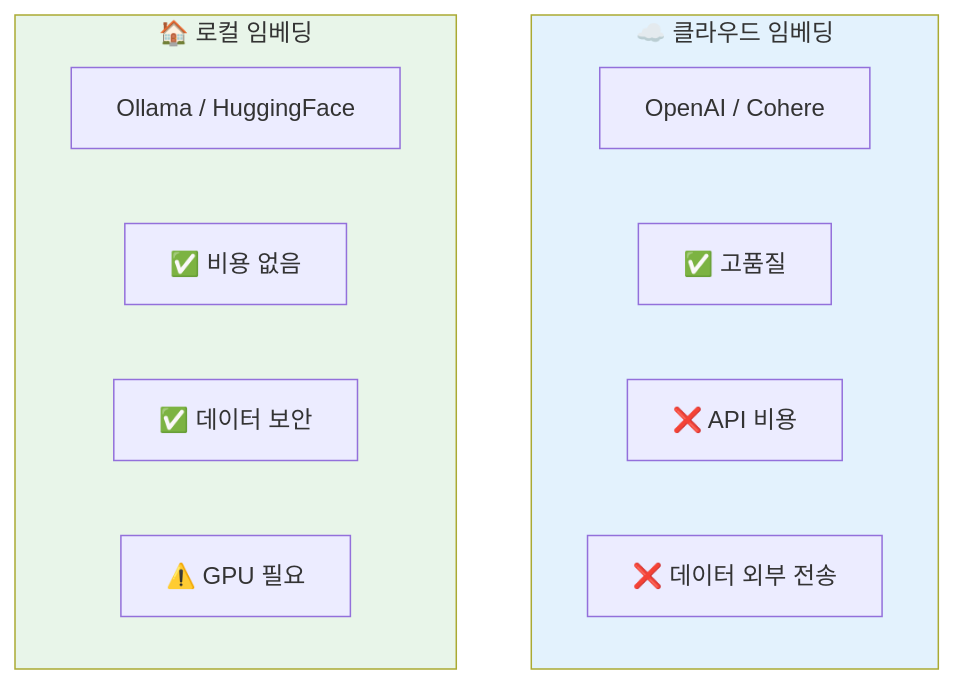
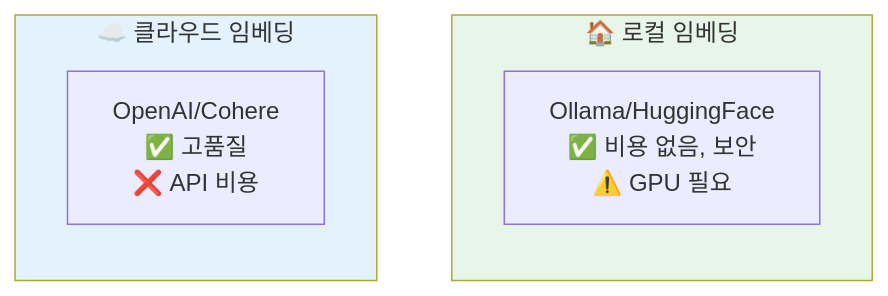
The fifth of 10 diagrams in content/posts/2025-10-05-rag-system-design-guide.md (Gyeom/dev-notes), drawn with Mermaid before and after one commit. The commit also changed 12 other files, not shown here.

First line of the commit message:
Fix: Mermaid 다이어그램 레이아웃 수정 및 가이드 강화

````diff
--- a/content/posts/2025-10-05-rag-system-design-guide.md
+++ b/content/posts/2025-10-05-rag-system-design-guide.md
@@ -177,19 +177,15 @@
 ```mermaid
-flowchart TB
+flowchart LR
     subgraph Cloud["☁️ 클라우드 임베딩"]
-        C1["OpenAI / Cohere"]
-        C2["✅ 고품질"]
-        C3["❌ API 비용"]
-        C4["❌ 데이터 외부 전송"]
+        C1["OpenAI/Cohere<br/>✅ 고품질<br/>❌ API 비용"]
     end
 
     subgraph Local["🏠 로컬 임베딩"]
-        L1["Ollama / HuggingFace"]
-        L2["✅ 비용 없음"]
-        L3["✅ 데이터 보안"]
-        L4["⚠️ GPU 필요"]
+        L1["Ollama/HuggingFace<br/>✅ 비용 없음, 보안<br/>⚠️ GPU 필요"]
     end
+
+    Cloud ~~~ Local
 
     style Cloud fill:#E3F2FD
     style Local fill:#E8F5E9
 ```
````
